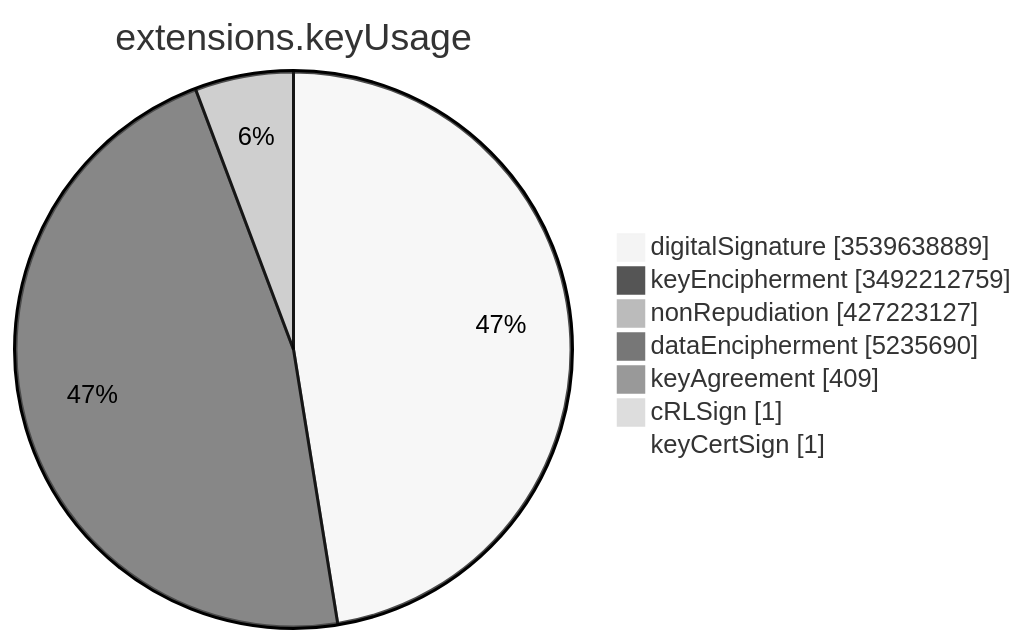
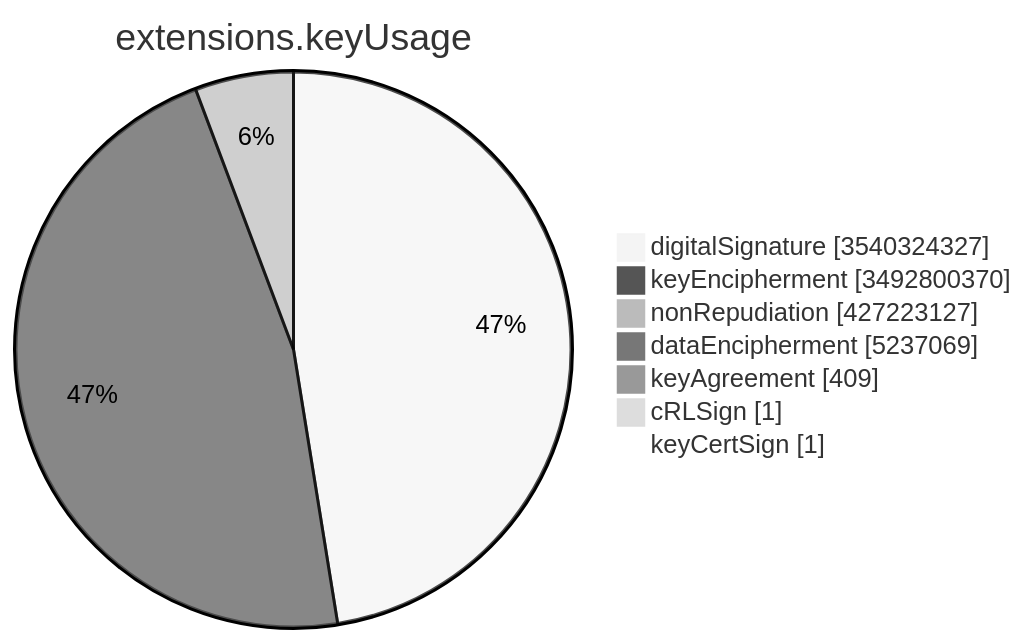
One commit to christiankrug/ctmonitor_visualization changed the sixth of 15 diagrams in TOTAL/README.md. Above: the diagram before and after it, drawn with Mermaid (neutral theme). The commit also changed other lines of this file, not shown here.

````diff
--- a/TOTAL/README.md
+++ b/TOTAL/README.md
@@ -3083,11 +3083,11 @@
 ```mermaid
 pie showData
 title extensions.keyUsage
-"digitalSignature" :3539638889
-"keyEncipherment" :3492212759
+"digitalSignature" :3540324327
+"keyEncipherment" :3492800370
 "nonRepudiation" :427223127
-"dataEncipherment" :5235690
+"dataEncipherment" :5237069
 "keyAgreement" :409
 "cRLSign" :1
 "keyCertSign" :1
 ```
````
